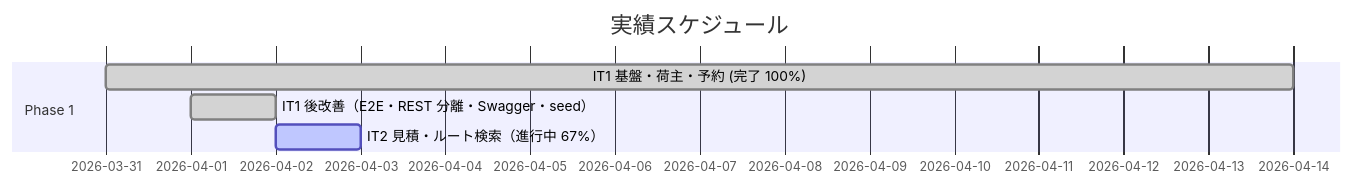
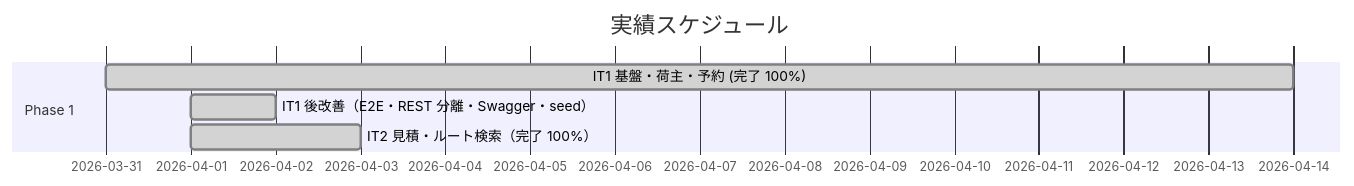
Before and after one commit to k2works/case-study-cargo-tracker: the second of 3 diagrams in docs/development/release_plan.md, drawn with Mermaid. The commit also changed other lines of this file and 5 other files, not shown here.

````diff
--- a/docs/development/release_plan.md
+++ b/docs/development/release_plan.md
@@ -162,10 +162,10 @@
 ```mermaid
 gantt
     title 実績スケジュール
     dateFormat  YYYY-MM-DD
     section Phase 1
     IT1 基盤・荷主・予約 (完了 100%)   :done, it1a, 2026-03-31, 14d
     IT1 後改善（E2E・REST 分離・Swagger・seed） :done, it1b, 2026-04-01, 1d
-    IT2 見積・ルート検索（進行中 67%）          :active, it2a, 2026-04-02, 1d
+    IT2 見積・ルート検索（完了 100%）            :done, it2a, 2026-04-01, 2d
     section Phase 2
 ```
````
